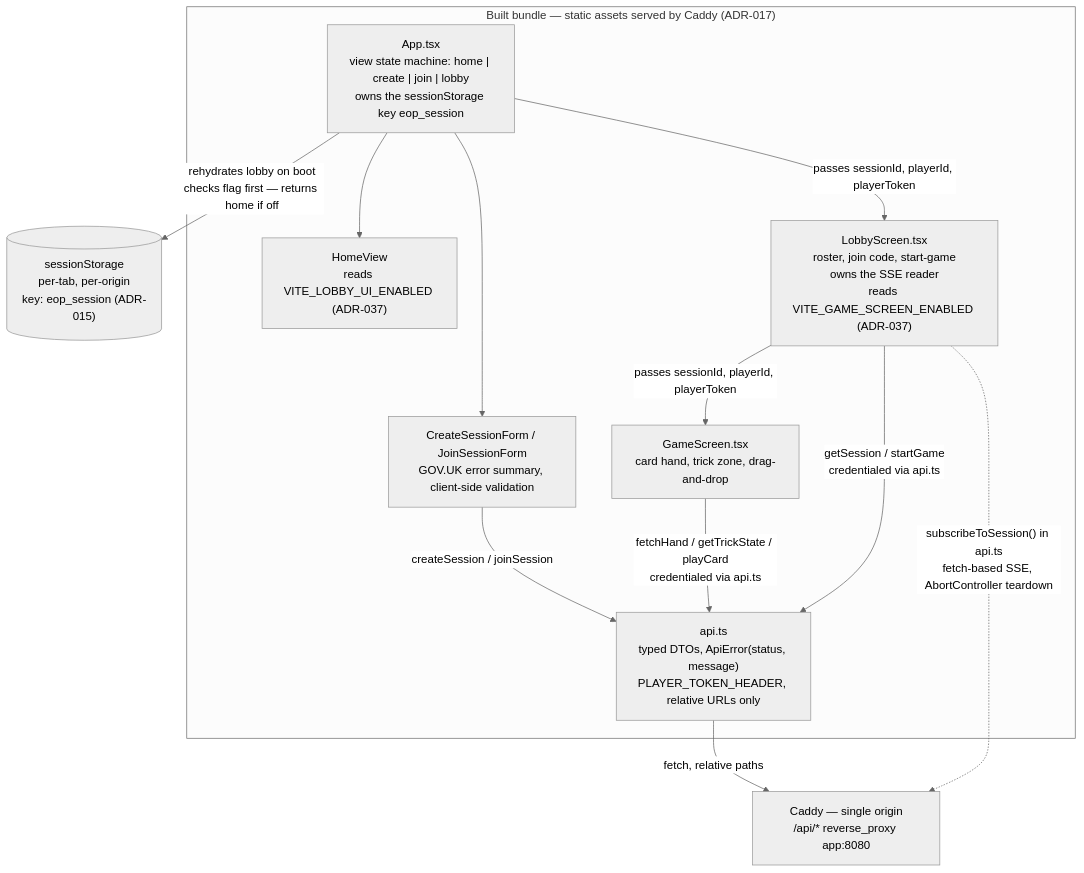
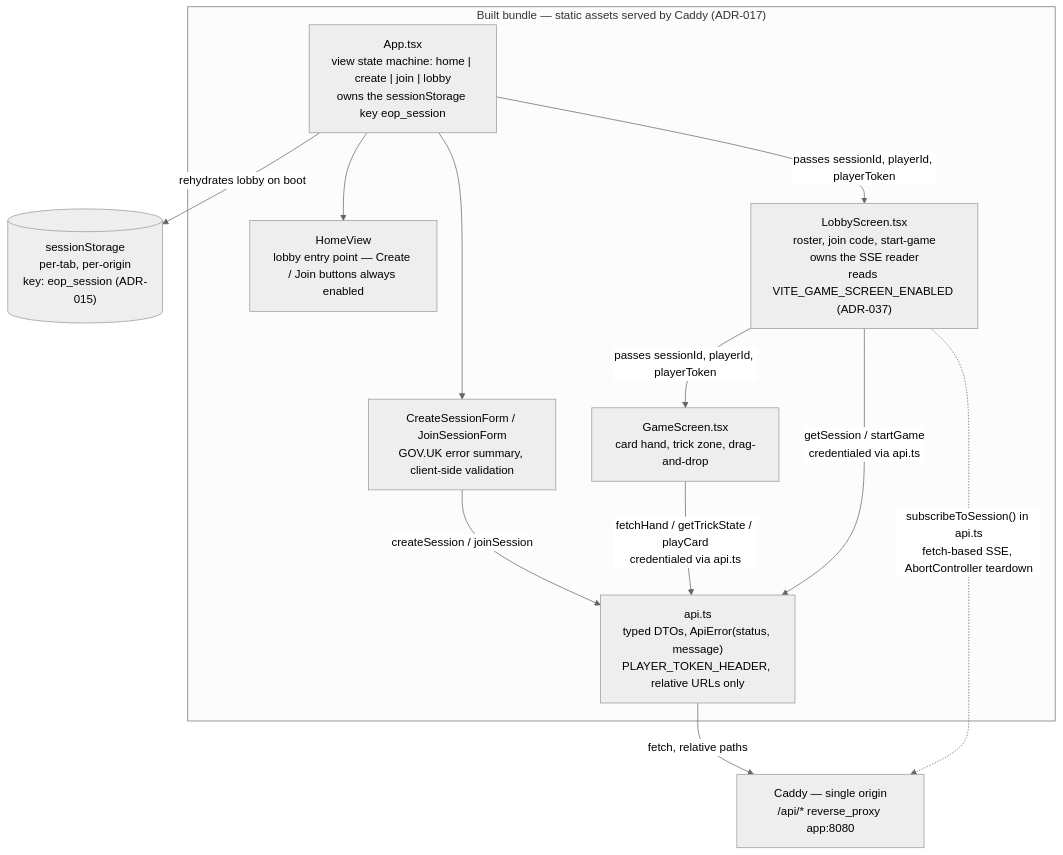
Before and after one commit to maglez/eop-threat-medeling: the third of 5 diagrams in docs/architecture/C4-Diagrams.md, drawn with Mermaid (neutral theme). The commit also changed other lines of this file and 6 other files, not shown here.

Commit message:
[EOP-77] feat: remove VITE_LOBBY_UI_ENABLED feature flag — lobby UI always on

````diff
--- a/docs/architecture/C4-Diagrams.md
+++ b/docs/architecture/C4-Diagrams.md
@@ -789,27 +789,27 @@
 ```mermaid
 flowchart TD
     subgraph bundle["Built bundle — static assets served by Caddy (ADR-017)"]
         APP["App.tsx<br/>view state machine: home | create | join | lobby<br/>owns the sessionStorage key eop_session"]
-        HOME["HomeView<br/>reads VITE_LOBBY_UI_ENABLED (ADR-037)"]
+        HOME["HomeView<br/>lobby entry point — Create / Join buttons always enabled"]
         FORMS["CreateSessionForm / JoinSessionForm<br/>GOV.UK error summary, client-side validation"]
         LOBBY["LobbyScreen.tsx<br/>roster, join code, start-game<br/>owns the SSE reader<br/>reads VITE_GAME_SCREEN_ENABLED (ADR-037)"]
         GAME["GameScreen.tsx<br/>card hand, trick zone, drag-and-drop"]
         API["api.ts<br/>typed DTOs, ApiError(status, message)<br/>PLAYER_TOKEN_HEADER, relative URLs only"]
     end
 
     SS[("sessionStorage<br/>per-tab, per-origin<br/>key: eop_session (ADR-015)")]
     CADDY["Caddy — single origin<br/>/api/* reverse_proxy app:8080"]
 
-    APP -->|"rehydrates lobby on boot<br/>checks flag first — returns home if off"| SS
+    APP -->|"rehydrates lobby on boot"| SS
     APP --> HOME
     APP --> FORMS
     APP -->|"passes sessionId, playerId, playerToken"| LOBBY
     LOBBY -->|"passes sessionId, playerId, playerToken"| GAME
 
     FORMS -->|"createSession / joinSession"| API
     LOBBY -->|"getSession / startGame<br/>credentialed via api.ts"| API
     LOBBY -.->|"subscribeToSession() in api.ts<br/>fetch-based SSE, AbortController teardown"| CADDY
     GAME -->|"fetchHand / getTrickState / playCard<br/>credentialed via api.ts"| API
 
     API -->|"fetch, relative paths"| CADDY
 ```
````
